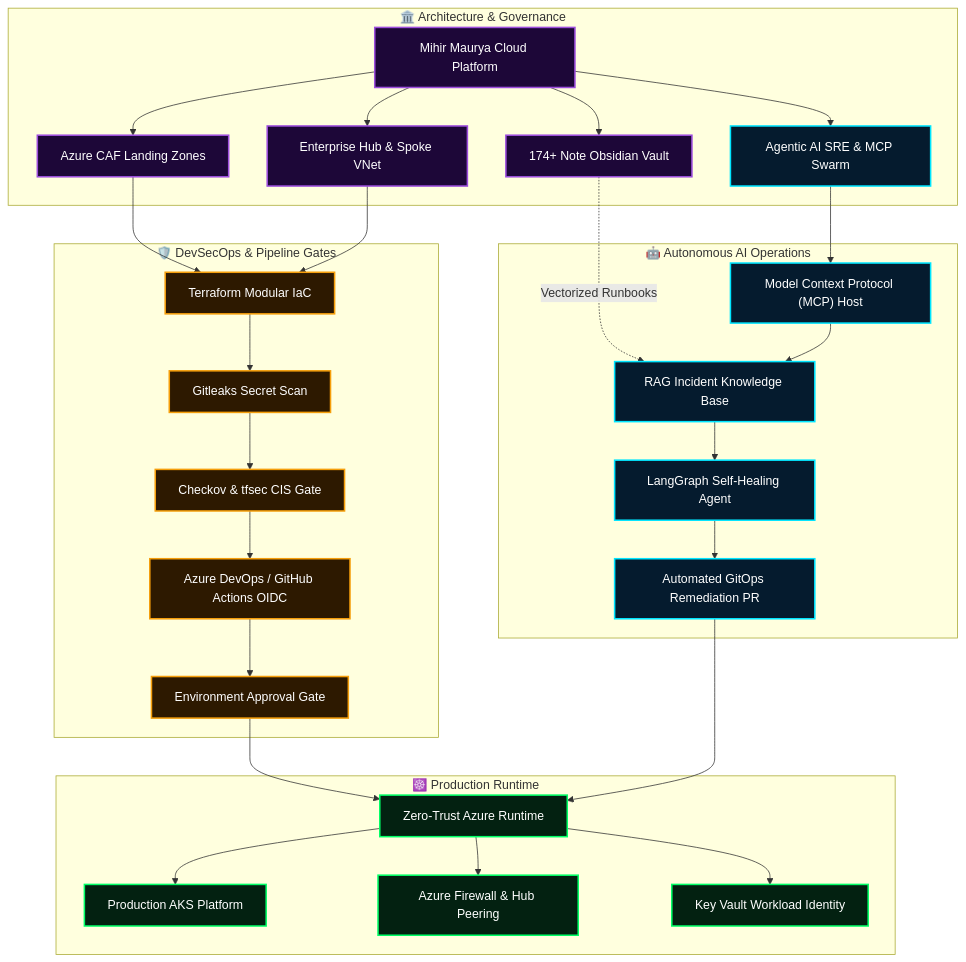
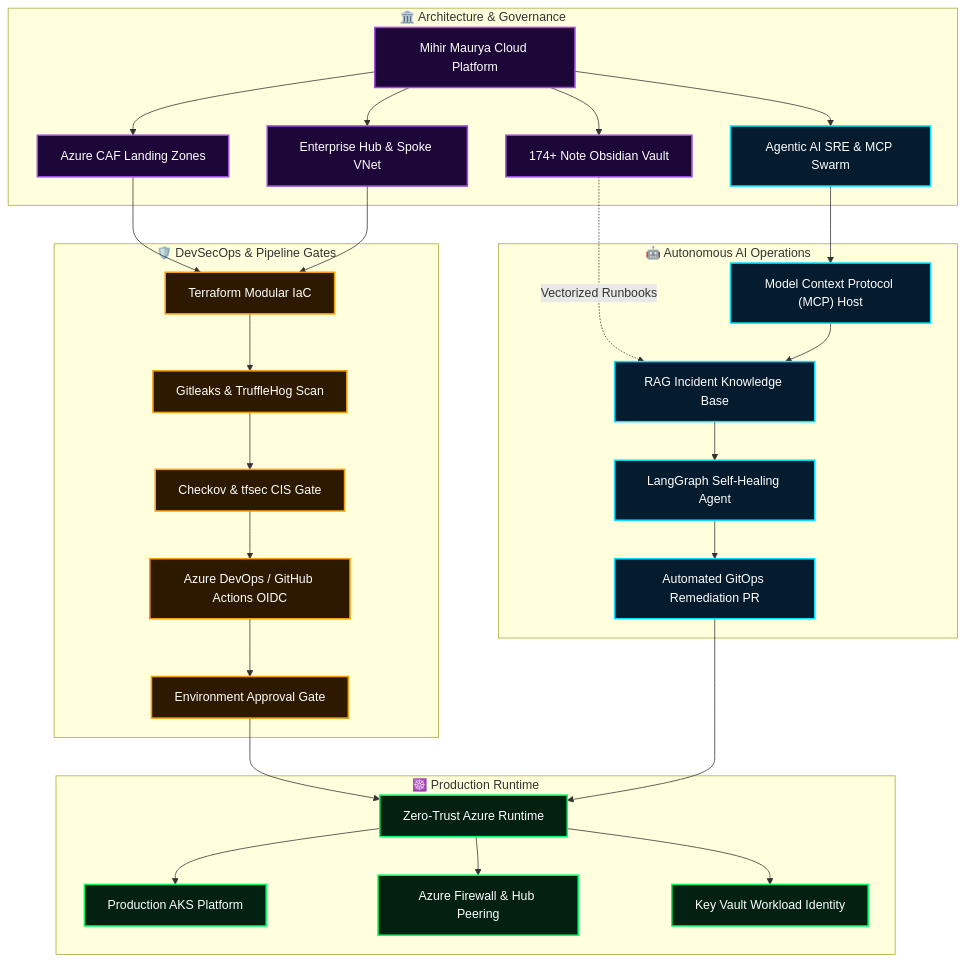
The diagram in README.md (MihirMaurya-dev/MihirMaurya-dev), drawn with Mermaid before and after one commit. The commit also changed other lines of this file, not shown here.

````diff
--- a/README.md
+++ b/README.md
@@ -53,44 +54,44 @@
 ```mermaid
 flowchart TD
     subgraph Core["🏛️ Architecture & Governance"]
         A["Mihir Maurya Cloud Platform"] --> B["Azure CAF Landing Zones"]
         A --> C["Enterprise Hub & Spoke VNet"]
         A --> D["Agentic AI SRE & MCP Swarm"]
         A --> E["174+ Note Obsidian Vault"]
     end
 
     subgraph DevSecOps["🛡️ DevSecOps & Pipeline Gates"]
         B --> F["Terraform Modular IaC"]
         C --> F
-        F --> G["Gitleaks Secret Scan"]
+        F --> G["Gitleaks & TruffleHog Scan"]
         G --> H["Checkov & tfsec CIS Gate"]
         H --> I["Azure DevOps / GitHub Actions OIDC"]
         I --> J["Environment Approval Gate"]
     end
 
     subgraph AI["🤖 Autonomous AI Operations"]
         D --> K["Model Context Protocol (MCP) Host"]
         E -.->|"Vectorized Runbooks"| L["RAG Incident Knowledge Base"]
         K --> L
         L --> M["LangGraph Self-Healing Agent"]
         M --> N["Automated GitOps Remediation PR"]
     end
 
     subgraph Runtime["☸️ Production Runtime"]
         J --> O["Zero-Trust Azure Runtime"]
         N --> O
         O --> P["Production AKS Platform"]
         O --> Q["Azure Firewall & Hub Peering"]
         O --> R["Key Vault Workload Identity"]
     end
 
     classDef purple fill:#1d0738,stroke:#9d4edd,stroke-width:2px,color:#fff;
     classDef matrix fill:#032111,stroke:#00ff66,stroke-width:2px,color:#fff;
     classDef cyan fill:#051b2e,stroke:#00e5ff,stroke-width:2px,color:#fff;
     classDef amber fill:#2d1900,stroke:#f59e0b,stroke-width:2px,color:#fff;
 
     class A,B,C,E purple;
     class F,G,H,I,J amber;
     class D,K,L,M,N cyan;
     class O,P,Q,R matrix;
 ```
````
